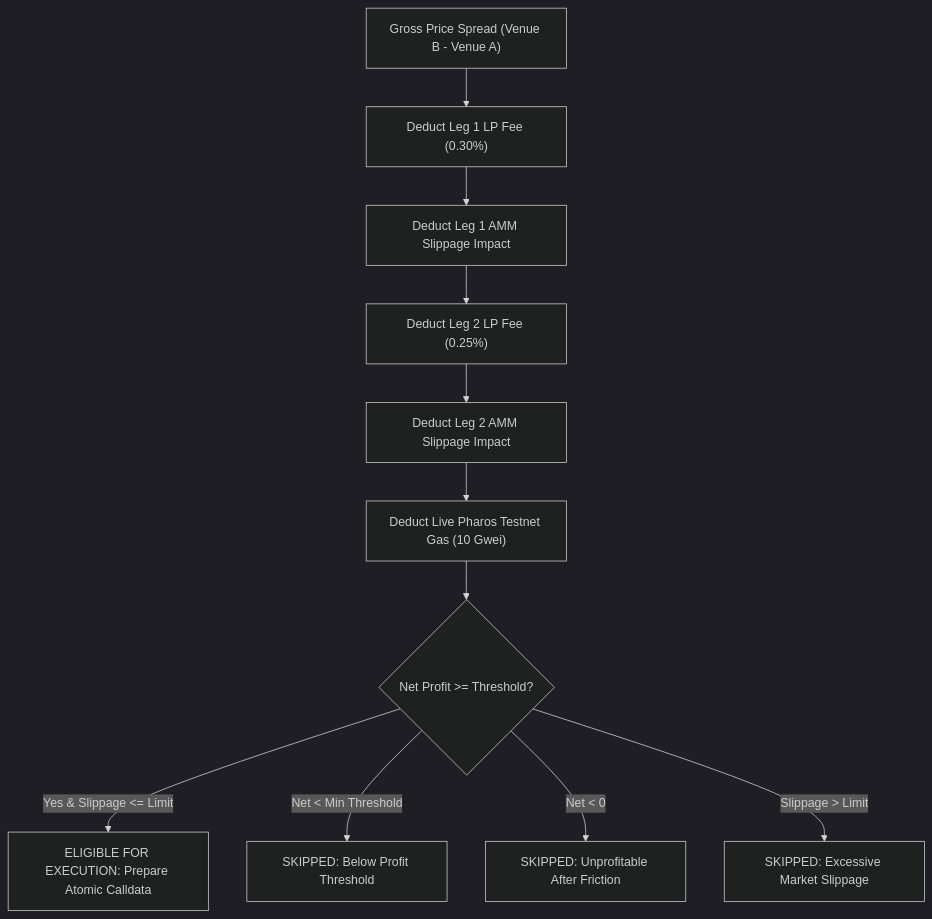
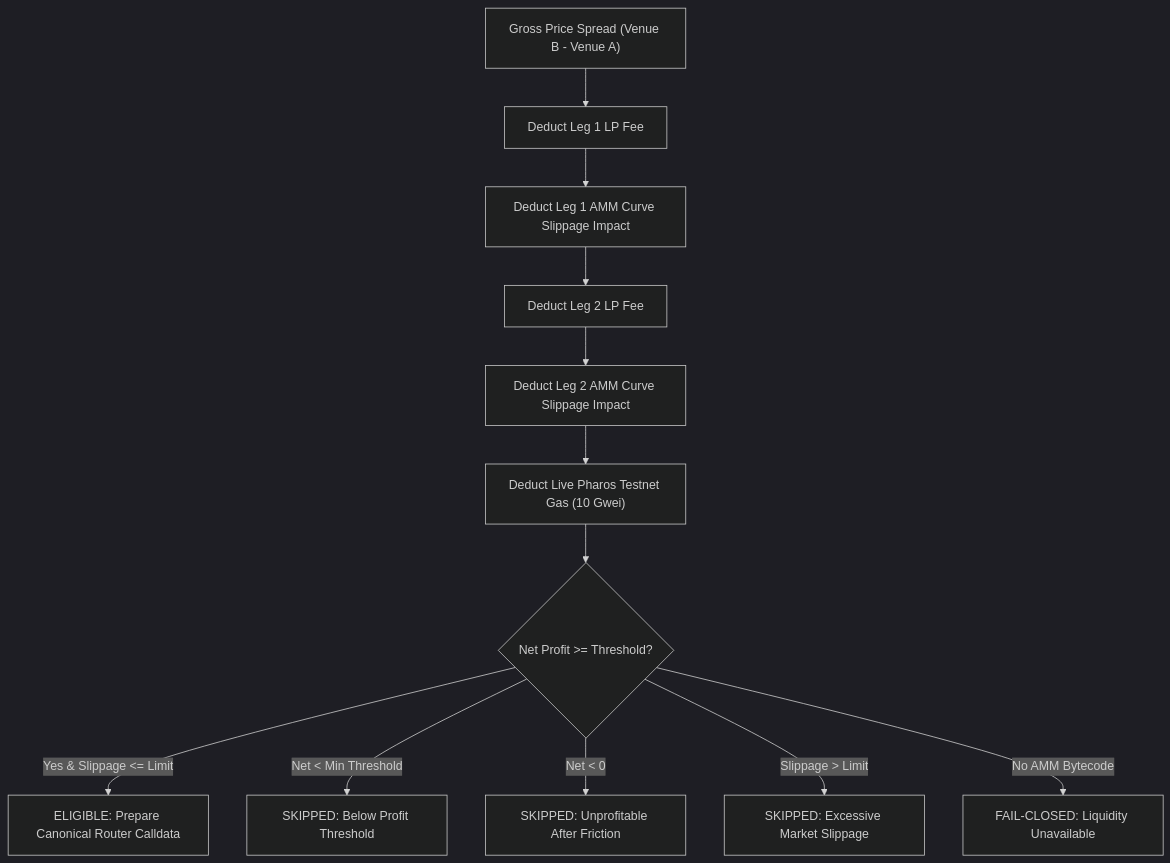
One commit to JimmyOgb/pharos-arbitrage-scanner changed the diagram in README.md. Above: the diagram before and after it, drawn with Mermaid (dark theme). The commit also changed other lines of this file and 16 other files, not shown here.

Commit message:
feat: eliminate all simulated market data, integrate on-chain Chainlink feeds, and enforce fail-closed execution lock

````diff
--- a/README.md
+++ b/README.md
@@ -68,13 +82,14 @@
 ```mermaid
 flowchart TD
-    A["Gross Price Spread (Venue B - Venue A)"] --> B["Deduct Leg 1 LP Fee (0.30%)"]
-    B --> C["Deduct Leg 1 AMM Slippage Impact"]
-    C --> D["Deduct Leg 2 LP Fee (0.25%)"]
-    D --> E["Deduct Leg 2 AMM Slippage Impact"]
+    A["Gross Price Spread (Venue B - Venue A)"] --> B["Deduct Leg 1 LP Fee"]
+    B --> C["Deduct Leg 1 AMM Curve Slippage Impact"]
+    C --> D["Deduct Leg 2 LP Fee"]
+    D --> E["Deduct Leg 2 AMM Curve Slippage Impact"]
     E --> F["Deduct Live Pharos Testnet Gas (10 Gwei)"]
     F --> G{"Net Profit >= Threshold?"}
-    G -- "Yes & Slippage <= Limit" --> H["ELIGIBLE FOR EXECUTION: Prepare Atomic Calldata"]
+    G -- "Yes & Slippage <= Limit" --> H["ELIGIBLE: Prepare Canonical Router Calldata"]
     G -- "Net < Min Threshold" --> I["SKIPPED: Below Profit Threshold"]
     G -- "Net < 0" --> J["SKIPPED: Unprofitable After Friction"]
     G -- "Slippage > Limit" --> K["SKIPPED: Excessive Market Slippage"]
+    G -- "No AMM Bytecode" --> L["FAIL-CLOSED: Liquidity Unavailable"]
 ```
````
